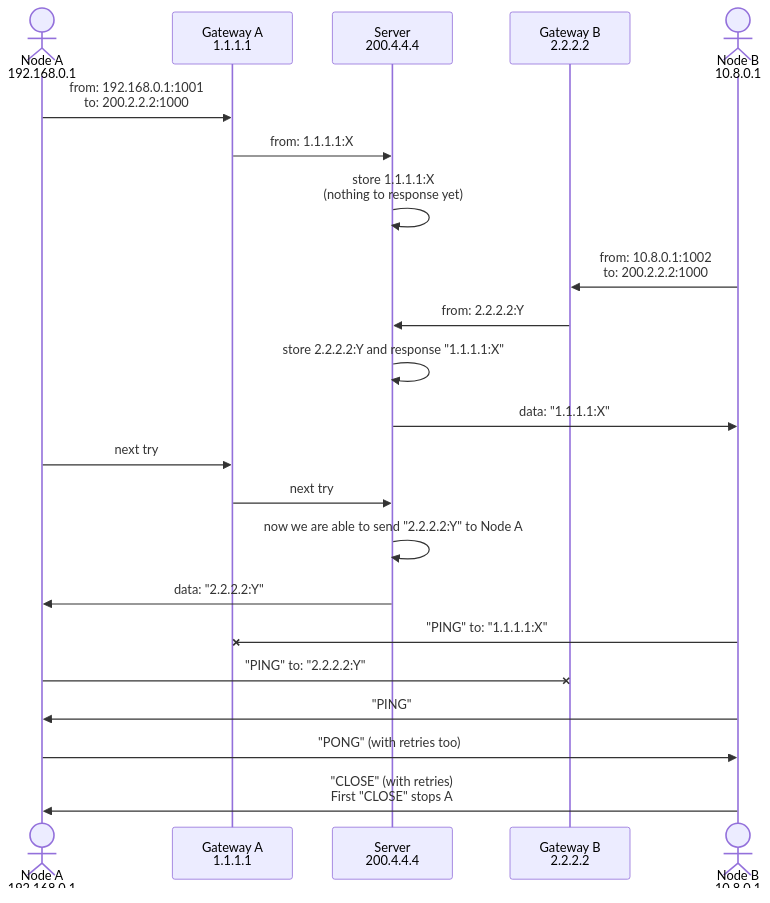
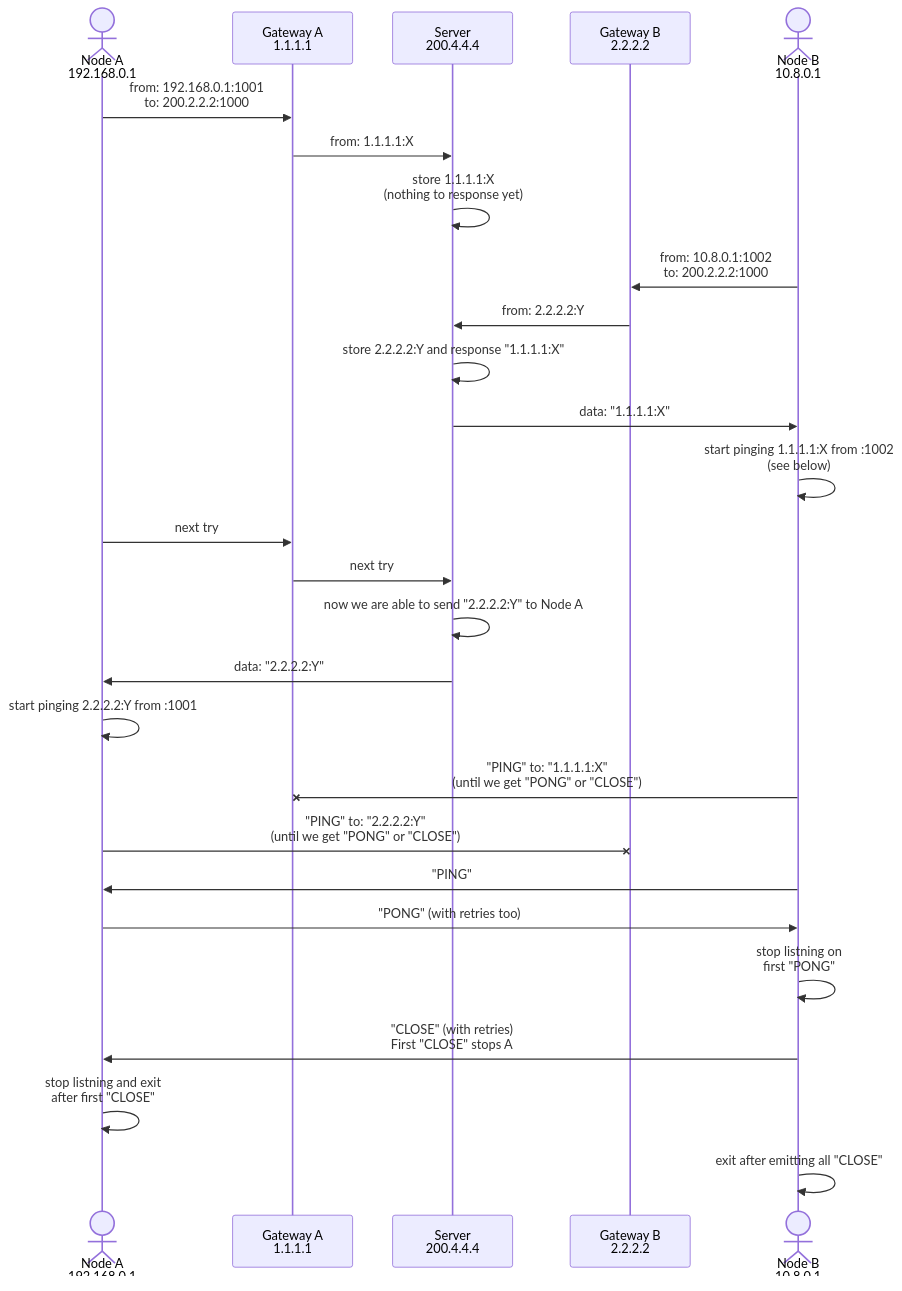
The diagram in go/network-hole-puncher/README.md (michurin/warehouse), drawn with Mermaid before and after one commit.

Commit message:
Network hole puncher: README: more details

````diff
--- a/go/network-hole-puncher/README.md
+++ b/go/network-hole-puncher/README.md
@@ -7,28 +7,33 @@
 ```mermaid
 sequenceDiagram
     actor A as Node A<br>192.168.0.1
     participant GA as Gateway A<br>1.1.1.1
     participant S as Server<br>200.4.4.4
     participant GB as Gateway B<br>2.2.2.2
     actor B as Node B<br>10.8.0.1
 
     A ->> GA: from: 192.168.0.1:1001<br>to: 200.2.2.2:1000
     GA ->> S: from: 1.1.1.1:X
     S ->> S: store 1.1.1.1:X<br>(nothing to response yet)
 
     B ->> GB: from: 10.8.0.1:1002<br>to: 200.2.2.2:1000
     GB ->> S: from: 2.2.2.2:Y
     S ->> S: store 2.2.2.2:Y and response "1.1.1.1:X"
     S ->> B: data: "1.1.1.1:X"
+    B ->> B: start pinging 1.1.1.1:X from :1002<br>(see below)
 
     A ->> GA: next try
     GA ->> S: next try
     S ->> S: now we are able to send "2.2.2.2:Y" to Node A
     S ->> A: data: "2.2.2.2:Y"
+    A ->> A: start pinging 2.2.2.2:Y from :1001
 
-    B -X GA: "PING" to: "1.1.1.1:X"
-    A -X GB: "PING" to: "2.2.2.2:Y"
+    B -X GA: "PING" to: "1.1.1.1:X"<br>(until we get "PONG" or "CLOSE")
+    A -X GB: "PING" to: "2.2.2.2:Y"<br>(until we get "PONG" or "CLOSE")
     B ->> A: "PING"
     A ->> B: "PONG" (with retries too)
+    B ->> B: stop listning on<br>first "PONG"
     B ->> A: "CLOSE" (with retries)<br>First "CLOSE" stops A
+    A ->> A: stop listning and exit<br>after first "CLOSE"
+    B ->> B: exit after emitting all "CLOSE"
 ```
````
